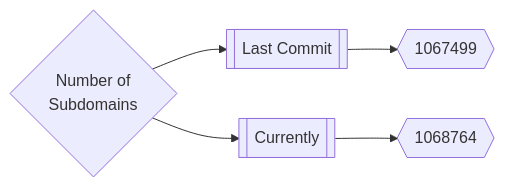
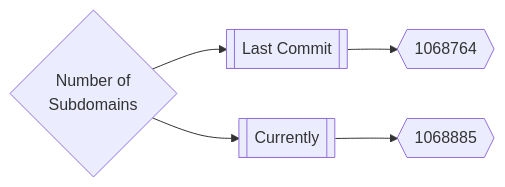
One commit to trickest/inventory changed the first of 3 diagrams in README.md. Above: the diagram before and after it, drawn with Mermaid. The commit also changed other lines of this file and 10 other files, not shown here.

````diff
--- a/README.md
+++ b/README.md
@@ -165,5 +165,5 @@
 ```mermaid
 graph LR
-title{Number of<br>Subdomains} --> subdomainsDate1[[Last Commit]] --> subdomainsNum1{{1067499}}
-title --> subdomainsDate2[[Currently]] --> subdomainsNum2{{1068764}}
+title{Number of<br>Subdomains} --> subdomainsDate1[[Last Commit]] --> subdomainsNum1{{1068764}}
+title --> subdomainsDate2[[Currently]] --> subdomainsNum2{{1068885}}
 ```
````
